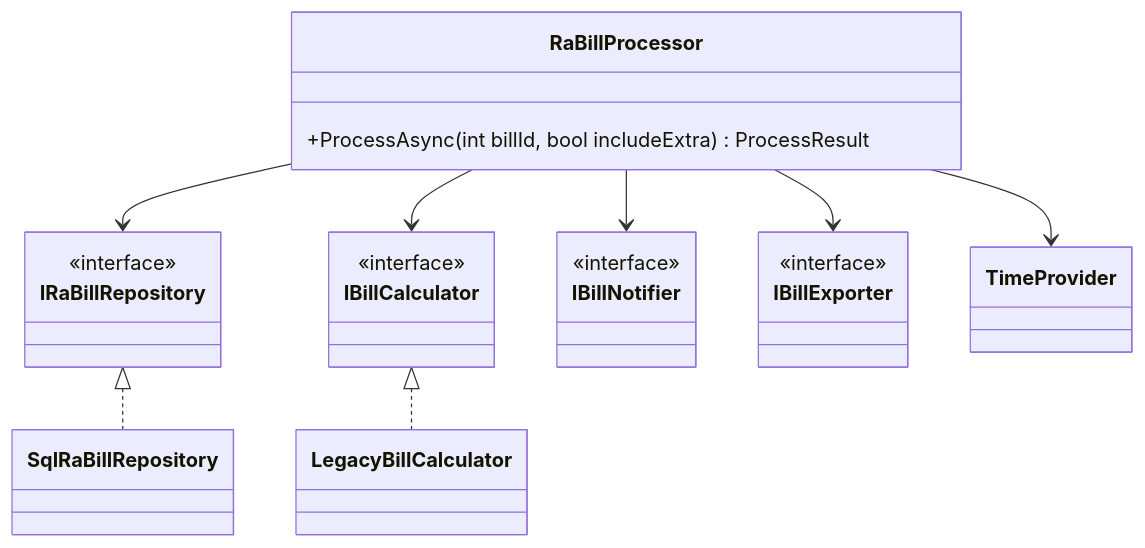
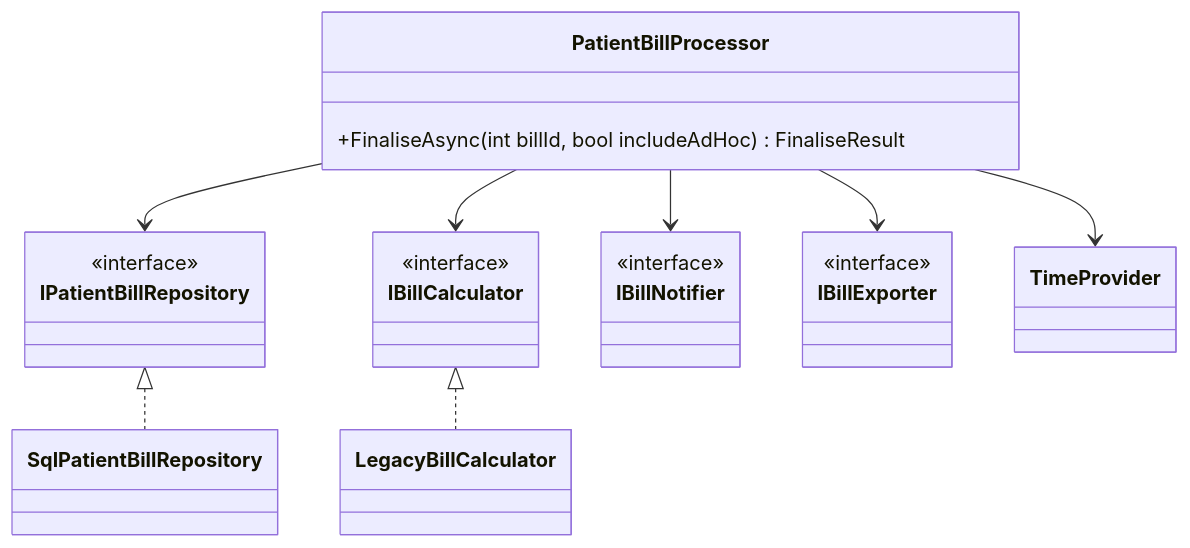
One commit to rizwi0786/system-design-lab changed the third of 3 diagrams in content/lessons/m04/m04-refactoring-legacy.md. Above: the diagram before and after it, drawn with Mermaid. The commit also changed other lines of this file and 334 other files, not shown here.

````diff
--- a/content/lessons/m04/m04-refactoring-legacy.md
+++ b/content/lessons/m04/m04-refactoring-legacy.md
@@ -1147,20 +1152,20 @@
 ```mermaid
 classDiagram
-    class RaBillProcessor {
-        +ProcessAsync(int billId, bool includeExtra) ProcessResult
+    class PatientBillProcessor {
+        +FinaliseAsync(int billId, bool includeAdHoc) FinaliseResult
     }
-    class IRaBillRepository { <<interface>> }
+    class IPatientBillRepository { <<interface>> }
     class IBillCalculator { <<interface>> }
     class IBillNotifier { <<interface>> }
     class IBillExporter { <<interface>> }
     class TimeProvider
-    class SqlRaBillRepository
+    class SqlPatientBillRepository
     class LegacyBillCalculator
-    RaBillProcessor --> IRaBillRepository
-    RaBillProcessor --> IBillCalculator
-    RaBillProcessor --> IBillNotifier
-    RaBillProcessor --> IBillExporter
-    RaBillProcessor --> TimeProvider
-    IRaBillRepository <|.. SqlRaBillRepository
+    PatientBillProcessor --> IPatientBillRepository
+    PatientBillProcessor --> IBillCalculator
+    PatientBillProcessor --> IBillNotifier
+    PatientBillProcessor --> IBillExporter
+    PatientBillProcessor --> TimeProvider
+    IPatientBillRepository <|.. SqlPatientBillRepository
     IBillCalculator <|.. LegacyBillCalculator
 ```
````
